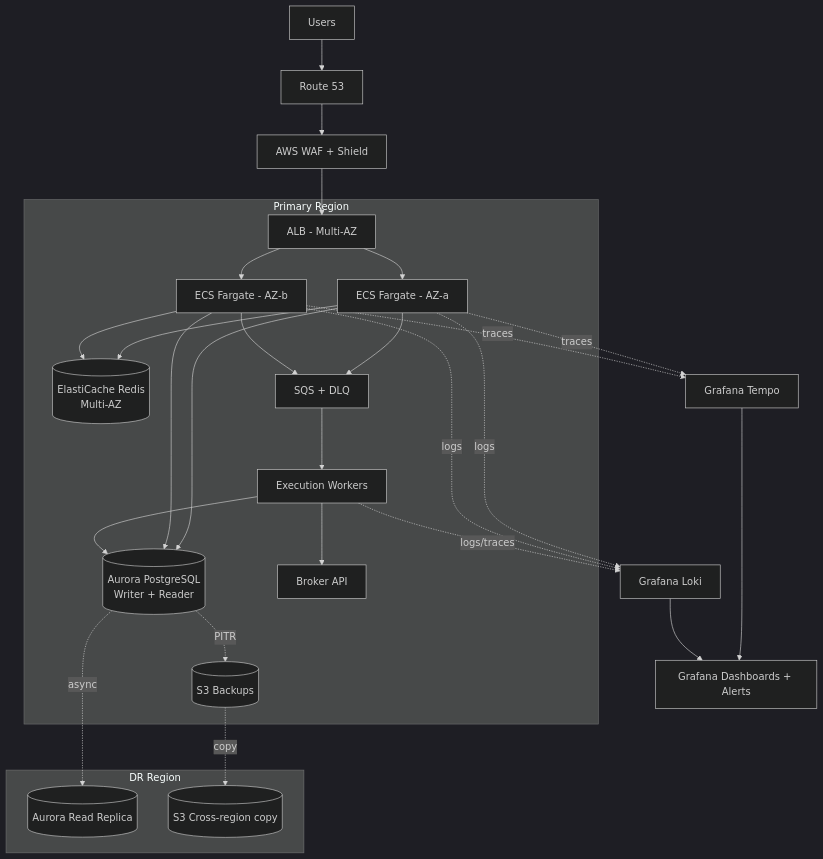
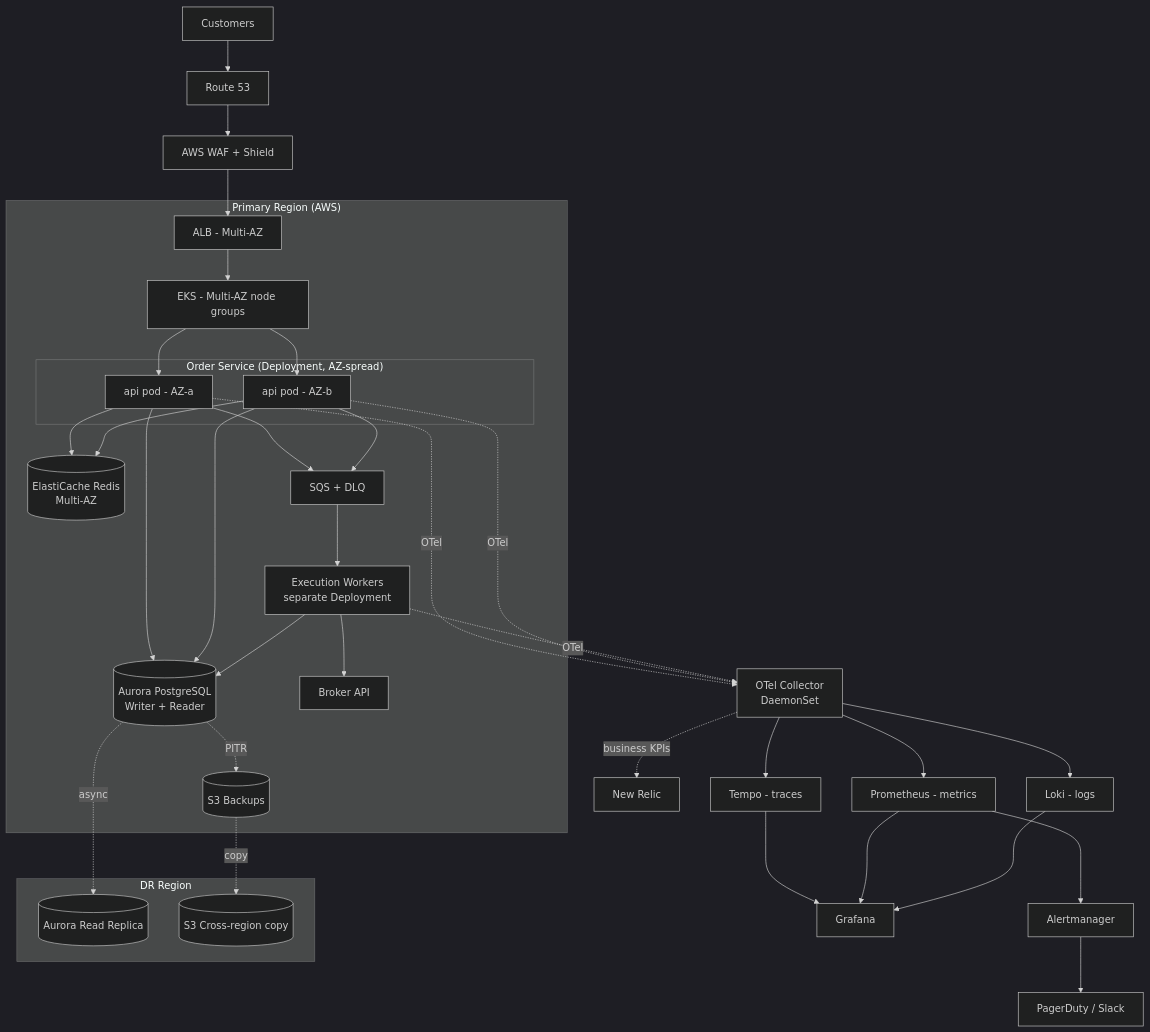
Before and after one commit to sadebare/investment: the diagram in README.md, drawn with Mermaid (dark theme). The commit also changed other lines of this file, not shown here.

First line of the commit message:
Revise README for deployment architecture and SLOs

````diff
--- a/README.md
+++ b/README.md
@@ -9,37 +9,47 @@
 ```mermaid
 flowchart TB
-    U[Users] --> R53[Route 53]
+    U[Customers] --> R53[Route 53]
     R53 --> WAF[AWS WAF + Shield]
     WAF --> ALB[ALB - Multi-AZ]
 
-    subgraph Primary["Primary Region"]
-        ALB --> ECS1[ECS Fargate - AZ-a]
-        ALB --> ECS2[ECS Fargate - AZ-b]
-        ECS1 --> Redis[(ElastiCache Redis<br/>Multi-AZ)]
-        ECS2 --> Redis
-        ECS1 --> RDS[(Aurora PostgreSQL<br/>Writer + Reader)]
-        ECS2 --> RDS
-        ECS1 --> SQS[SQS + DLQ]
-        ECS2 --> SQS
-        SQS --> W[Execution Workers]
+    subgraph Primary["Primary Region (AWS)"]
+        ALB --> EKS[EKS - Multi-AZ node groups]
+        subgraph Pods["Order Service (Deployment, AZ-spread)"]
+            P1[api pod - AZ-a]
+            P2[api pod - AZ-b]
+        end
+        EKS --> P1
+        EKS --> P2
+        P1 --> Redis[(ElastiCache Redis<br/>Multi-AZ)]
+        P2 --> Redis
+        P1 --> RDS[(Aurora PostgreSQL<br/>Writer + Reader)]
+        P2 --> RDS
+        P1 --> SQS[SQS + DLQ]
+        P2 --> SQS
+        SQS --> W[Execution Workers<br/>separate Deployment]
         W --> RDS
         W --> Broker[Broker API]
         RDS -.PITR.-> S3[(S3 Backups)]
     end
 
     subgraph DR["DR Region"]
         RDSR[(Aurora Read Replica)]
         S3R[(S3 Cross-region copy)]
     end
 
     RDS -.async.-> RDSR
     S3 -.copy.-> S3R
 
-    ECS1 -.traces.-> Tempo[Grafana Tempo]
-    ECS2 -.traces.-> Tempo
-    ECS1 -.logs.-> Loki[Grafana Loki]
-    ECS2 -.logs.-> Loki
-    W -.logs/traces.-> Loki
-    Tempo --> Graf[Grafana Dashboards + Alerts]
+    P1 -.OTel.-> OC[OTel Collector<br/>DaemonSet]
+    P2 -.OTel.-> OC
+    W -.OTel.-> OC
+    OC --> Tempo[Tempo - traces]
+    OC --> Prom[Prometheus - metrics]
+    OC --> Loki[Loki - logs]
+    Tempo --> Graf[Grafana]
+    Prom --> Graf
     Loki --> Graf
+    Prom --> AM[Alertmanager]
+    AM --> Page[PagerDuty / Slack]
+    OC -.business KPIs.-> NR[New Relic]
 ```
````
